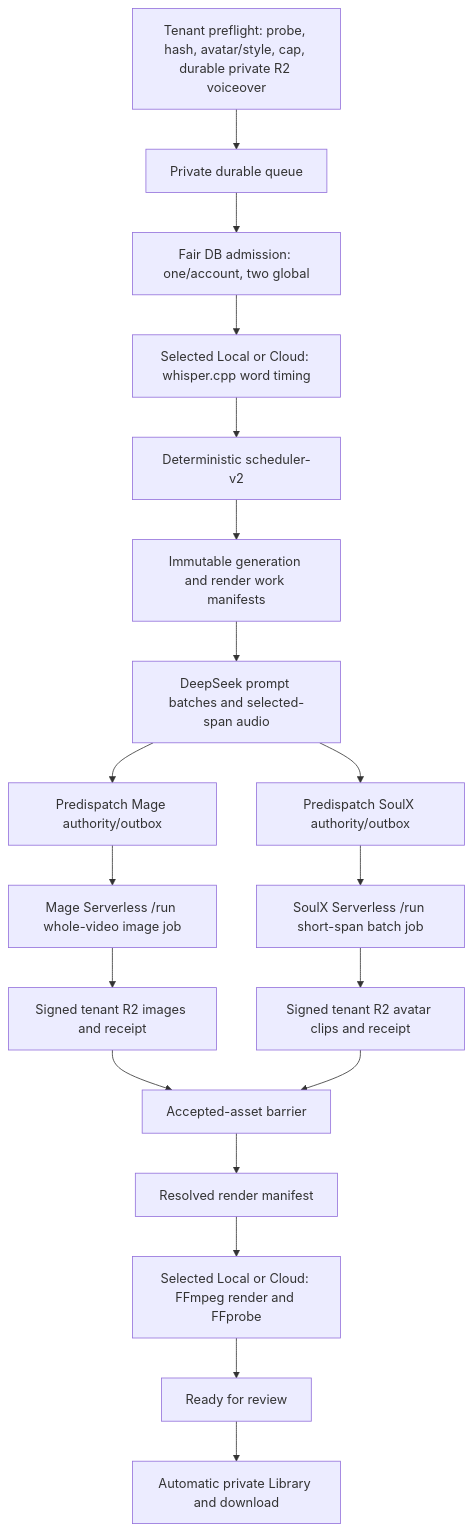
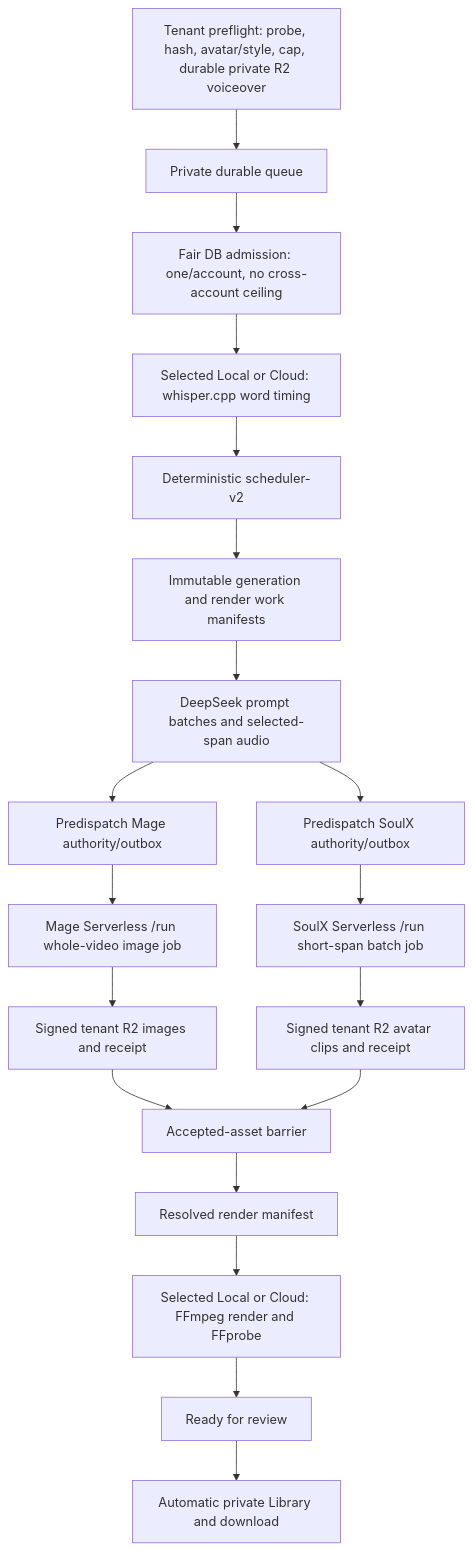
Before and after one commit to Pala-LakshmanSai/videoforge: the diagram in project-context/07_PIPELINE_AND_SCHEDULER.md, drawn with Mermaid. The commit also changed other lines of this file and 8 other files, not shown here.

````diff
--- a/project-context/07_PIPELINE_AND_SCHEDULER.md
+++ b/project-context/07_PIPELINE_AND_SCHEDULER.md
@@ -32,21 +33,21 @@
 ```mermaid
 flowchart TD
     P["Tenant preflight: probe, hash, avatar/style, cap, durable private R2 voiceover"] --> Q["Private durable queue"]
-    Q --> A["Fair DB admission: one/account, two global"]
+    Q --> A["Fair DB admission: one/account, no cross-account ceiling"]
     A --> T["Selected Local or Cloud: whisper.cpp word timing"]
     T --> S["Deterministic scheduler-v2"]
     S --> WM["Immutable generation and render work manifests"]
     WM --> D["DeepSeek prompt batches and selected-span audio"]
     D --> MI["Predispatch Mage authority/outbox"]
     D --> SI["Predispatch SoulX authority/outbox"]
     MI --> ME["Mage Serverless /run whole-video image job"]
     SI --> SE["SoulX Serverless /run short-span batch job"]
     ME --> MR["Signed tenant R2 images and receipt"]
     SE --> SR["Signed tenant R2 avatar clips and receipt"]
     MR --> B["Accepted-asset barrier"]
     SR --> B
     B --> RM["Resolved render manifest"]
     RM --> F["Selected Local or Cloud: FFmpeg render and FFprobe"]
     F --> R["Ready for review"]
     R --> AP["Automatic private Library and download"]
 ```
````
